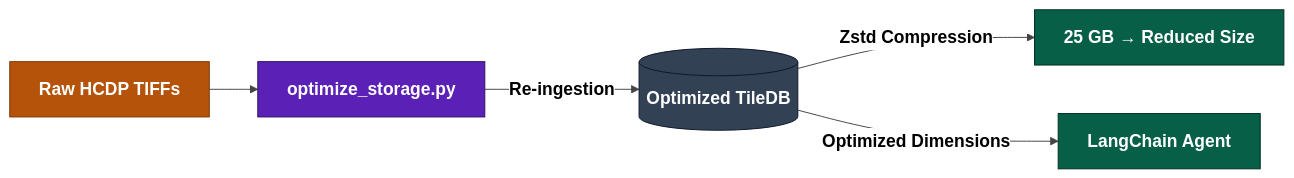
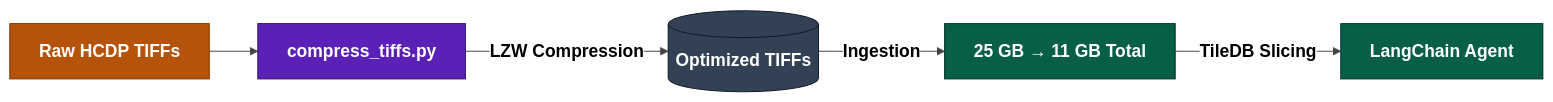
The second of 3 diagrams in WORKFLOW.md (toddhy/Hawaii-Climate-Data-AI), drawn with Mermaid before and after one commit. The commit also changed other lines of this file and 2 other files, not shown here.

Commit message:
Update diagram and tools documentation with climatogram generation information.

````diff
--- a/WORKFLOW.md
+++ b/WORKFLOW.md
@@ -90,18 +95,18 @@
 ```mermaid
 %%{init: {'theme': 'neutral', 'themeVariables': {'fontSize': '18px', 'fontFamily': 'trebuchet ms', 'primaryTextColor': '#111111', 'lineColor': '#444444', 'subgraphTitleSize': '22px'}}}%%
 graph LR
-    Raw["<b>Raw HCDP TIFFs</b>"] --> Opt["<b>optimize_storage.py</b>"]
-    Opt -- "<b>Re-ingestion</b>" --> TDB_New[("<b>Optimized TileDB</b>")]
-    TDB_New -- "<b>Zstd Compression</b>" --> Storage["<b>25 GB → Reduced Size</b>"]
-    TDB_New -- "<b>Optimized Dimensions</b>" --> Agent["<b>LangChain Agent</b>"]
+    Raw["<b>Raw HCDP TIFFs</b>"] --> Opt["<b>compress_tiffs.py</b>"]
+    Opt -- "<b>LZW Compression</b>" --> TDB_New[("<b>Optimized TIFFs</b>")]
+    TDB_New -- "<b>Ingestion</b>" --> Storage["<b>25 GB → 11 GB Total</b>"]
+    Storage -- "<b>TileDB Slicing</b>" --> Agent["<b>LangChain Agent</b>"]
 
     classDef source  fill:#B45309,stroke:#7c3700,color:#ffffff,font-weight:bold
     classDef process fill:#5B21B6,stroke:#2e1065,color:#ffffff,font-weight:bold
     classDef store   fill:#334155,stroke:#0f172a,color:#ffffff,font-weight:bold
     classDef output  fill:#065F46,stroke:#022c22,color:#ffffff,font-weight:bold
 
     class Raw source
     class Opt process
     class TDB_New store
     class Storage,Agent output
 ```
````
